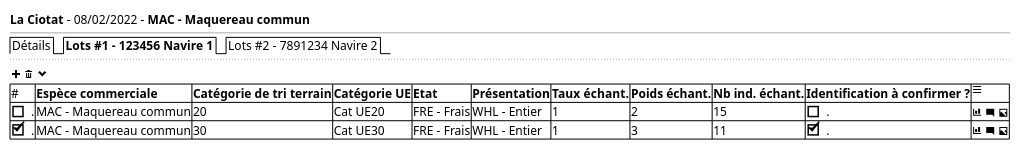
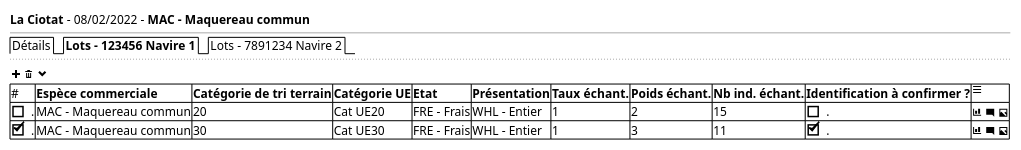
Before and after one commit to sumaris-net/sumaris-doc: the diagram in projects/obsvente/spe/images/med/sale-mediterranee.puml, drawn with PlantUML. The commit also changed 12 other files, not shown here.

```diff
--- a/projects/obsvente/spe/images/med/sale-mediterranee.puml
+++ b/projects/obsvente/spe/images/med/sale-mediterranee.puml
@@ -1,16 +1,16 @@
 @startsalt
 {
   <b>La Ciotat</b> - 08/02/2022 - <b>MAC - Maquereau commun
   --
-  {/  Détails | <b>Lots #1 - 123456 Navire 1 | Lots #2 - 7891234 Navire 2}
+  {/  Détails | <b>Lots - 123456 Navire 1 | Lots - 7891234 Navire 2}
   ..
   { <&plus> <&trash> <&chevron-bottom> }
 
   {#
      # | <b>Espèce commerciale |  <b>Catégorie de tri terrain | <b>Catégorie UE | <b>Etat | <b>Présentation  | <b>Taux échant. | <b>Poids échant. | <b>Nb ind. échant. | <b>Identification à confirmer ?| <&menu>
      [ ] . | MAC - Maquereau commun | 20 | Cat UE20 | FRE - Frais | WHL - Entier | 1 | 2 | 15 | [ ]. | <&bar-chart> <&comment-square> <&image>
      [X] . | MAC - Maquereau commun | 30 | Cat UE30 | FRE - Frais | WHL - Entier | 1 | 3 | 11 | [X]. | <&bar-chart> <&comment-square> <&image>
    }
 
 }
 @endsalt
```
